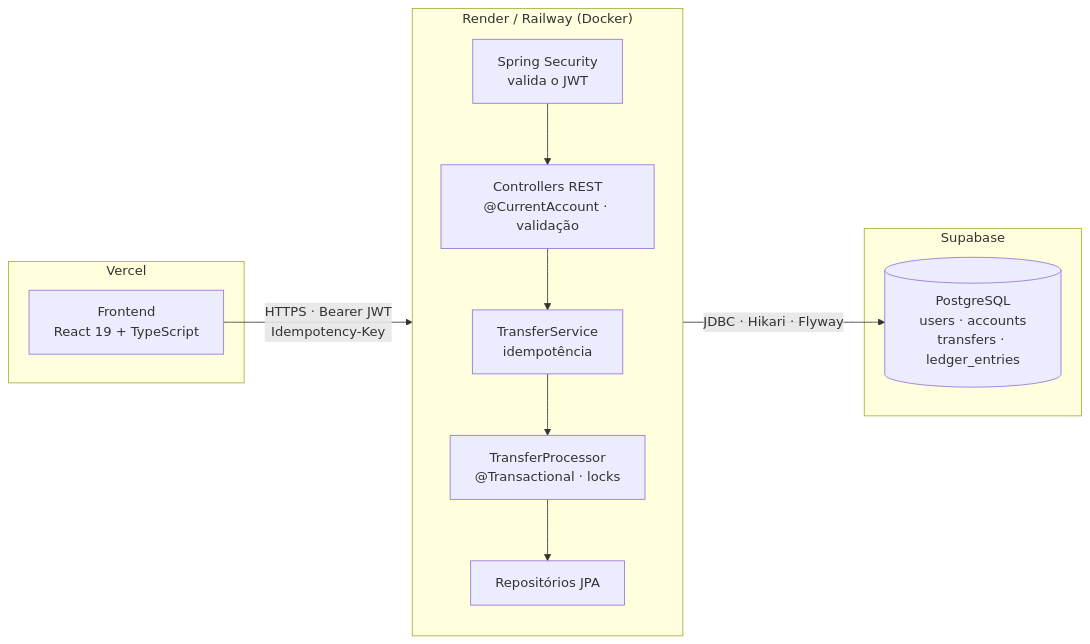
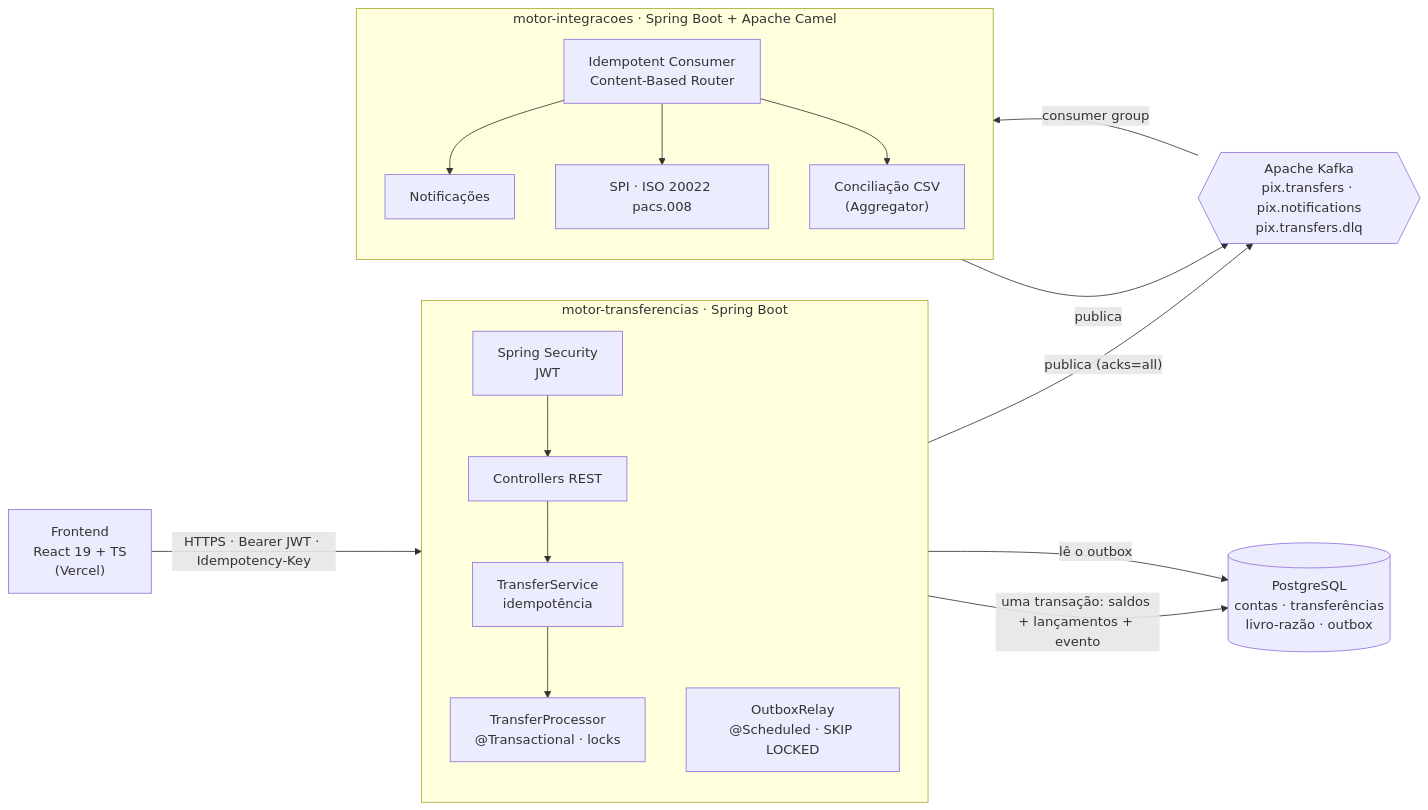
Before and after one commit to leonardobarrosx/motor-transferencias: the first of 5 diagrams in README.md, drawn with Mermaid. The commit also changed other lines of this file and 46 other files, not shown here.

First line of the commit message:
motor: microsserviço de integrações com Kafka e Apache Camel, via outbox transacional

````diff
--- a/README.md
+++ b/README.md
@@ -87,23 +94,29 @@
 ```mermaid
 flowchart LR
-    subgraph Vercel
-        WEB["Frontend<br/>React 19 + TypeScript"]
+    WEB["Frontend<br/>React 19 + TS<br/>(Vercel)"]
+
+    subgraph core["motor-transferencias · Spring Boot"]
+        direction TB
+        SEC["Spring Security<br/>JWT"] --> C["Controllers REST"]
+        C --> S["TransferService<br/>idempotência"] --> P["TransferProcessor<br/>@Transactional · locks"]
+        RELAY["OutboxRelay<br/>@Scheduled · SKIP LOCKED"]
     end
 
-    subgraph "Render / Railway (Docker)"
+    DB[("PostgreSQL<br/>contas · transferências<br/>livro-razão · outbox")]
+    K{{"Apache Kafka<br/>pix.transfers · pix.notifications<br/>pix.transfers.dlq"}}
+
+    subgraph integ["motor-integracoes · Spring Boot + Apache Camel"]
         direction TB
-        SEC["Spring Security<br/>valida o JWT"]
-        C["Controllers REST<br/>@CurrentAccount · validação"]
-        S["TransferService<br/>idempotência"]
-        P["TransferProcessor<br/>@Transactional · locks"]
-        R["Repositórios JPA"]
-        SEC --> C --> S --> P --> R
+        R1["Idempotent Consumer<br/>Content-Based Router"]
+        R1 --> N["Notificações"]
+        R1 --> SPI["SPI · ISO 20022 pacs.008"]
+        R1 --> CON["Conciliação CSV<br/>(Aggregator)"]
     end
 
-    subgraph Supabase
-        DB[("PostgreSQL<br/>users · accounts<br/>transfers · ledger_entries")]
-    end
-
-    WEB -- "HTTPS · Bearer JWT<br/>Idempotency-Key" --> SEC
-    R -- "JDBC · Hikari · Flyway" --> DB
+    WEB -- "HTTPS · Bearer JWT · Idempotency-Key" --> SEC
+    P -- "uma transação: saldos + lançamentos + evento" --> DB
+    RELAY -- "lê o outbox" --> DB
+    RELAY -- "publica (acks=all)" --> K
+    K -- "consumer group" --> R1
+    N -- "publica" --> K
 ```
````
